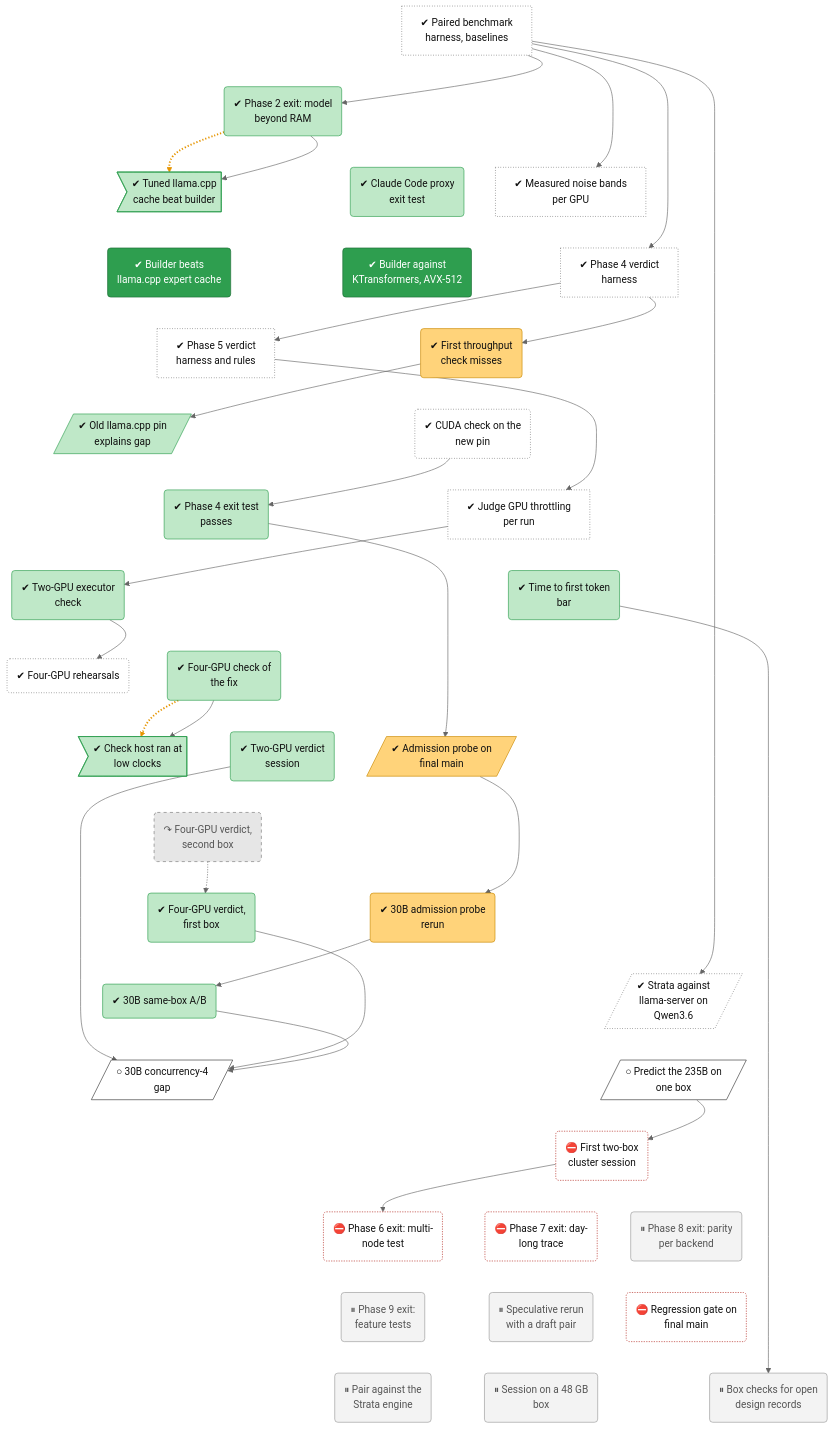
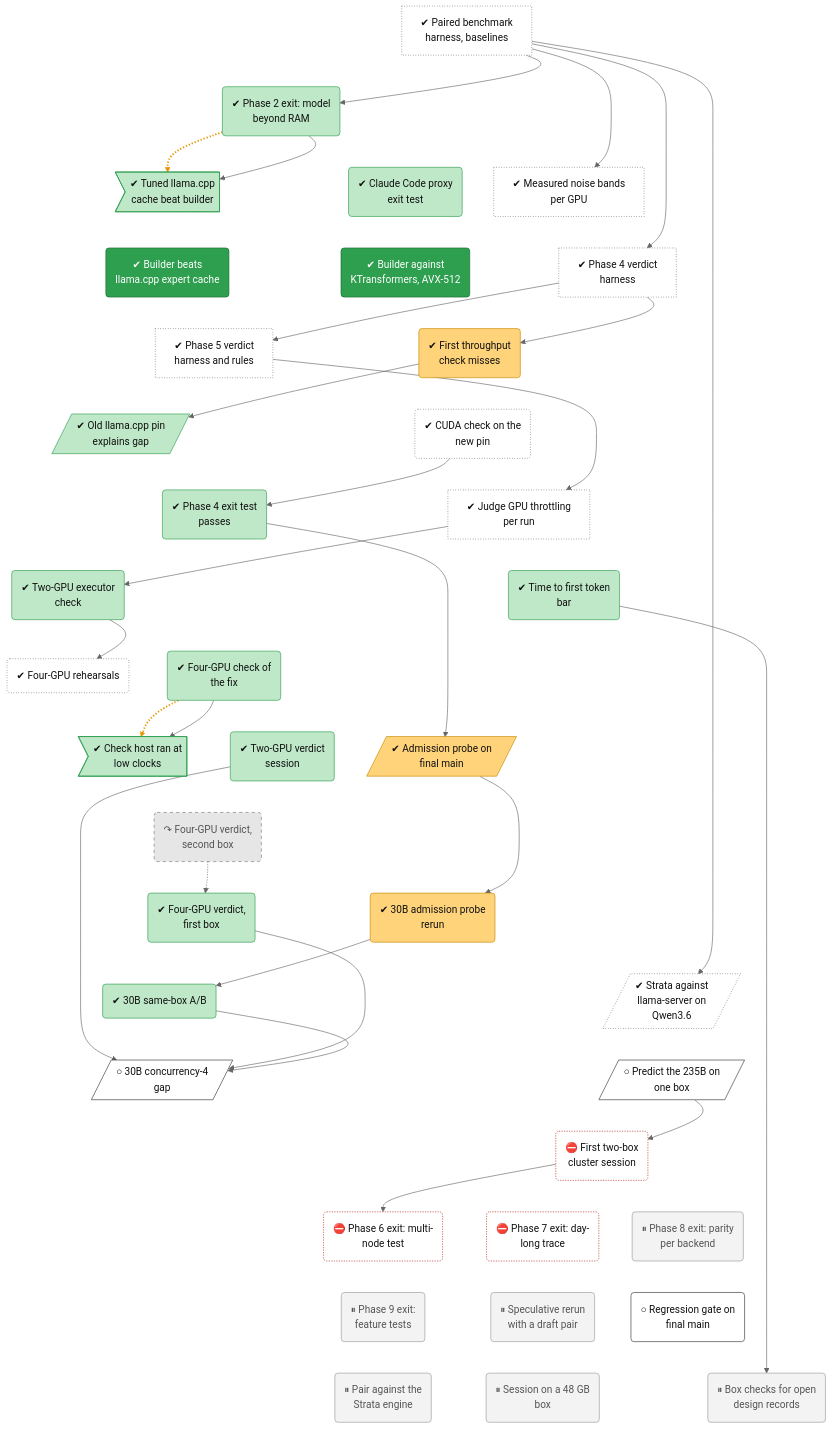
Before and after one commit to lhns/tetraeder: the diagram in docs/roadmap/tracks/bench.md, drawn with Mermaid (neutral theme). The commit also changed other lines of this file and 4 other files, not shown here.

Commit message:
after M2, review 2 fixes, ADR 0083 decision 6 audit; ops-review-group-d done (795 passed, 2 skipped, 6 xfailed), regression gate next; not measured

````diff
--- a/docs/roadmap/tracks/bench.md
+++ b/docs/roadmap/tracks/bench.md
@@ -43,7 +43,7 @@
     bench_phase8_exit("⏸ Phase 8 exit: parity<br/>per backend")
     bench_phase9_exit("⏸ Phase 9 exit:<br/>feature tests")
     bench_spec_rerun("⏸ Speculative rerun<br/>with a draft pair")
-    bench_regression_gate("⛔ Regression gate on<br/>final main")
+    bench_regression_gate("○ Regression gate on<br/>final main")
     bench_strata_pairing("⏸ Pair against the<br/>Strata engine")
     bench_d1_session("⏸ Session on a 48 GB<br/>box")
     bench_open_records("⏸ Box checks for open<br/>design records")
@@ -133,7 +133,7 @@
     class bench_m1_point1,bench_m1_point3 vsucc
     class bench_d2a_rerun,bench_d2a_probe,bench_d2a_30b mixed
     class bench_v4b_verdict dead
-    class bench_30b_c4_gap,bench_235b_stream_predict next
-    class bench_phase6_rehearsal,bench_phase6_exit,bench_phase7_exit,bench_regression_gate blocked
+    class bench_30b_c4_gap,bench_235b_stream_predict,bench_regression_gate next
+    class bench_phase6_rehearsal,bench_phase6_exit,bench_phase7_exit blocked
     class bench_phase8_exit,bench_phase9_exit,bench_spec_rerun,bench_strata_pairing,bench_d1_session,bench_open_records parked
 ```
````
